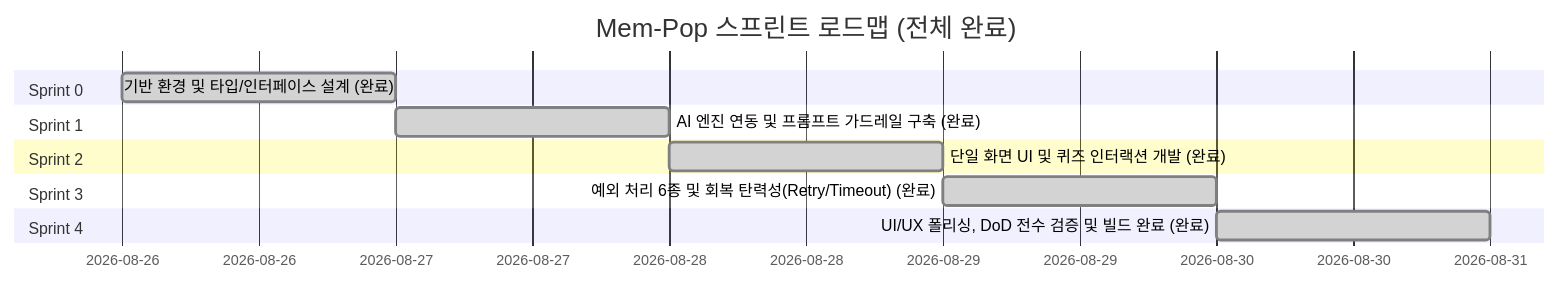
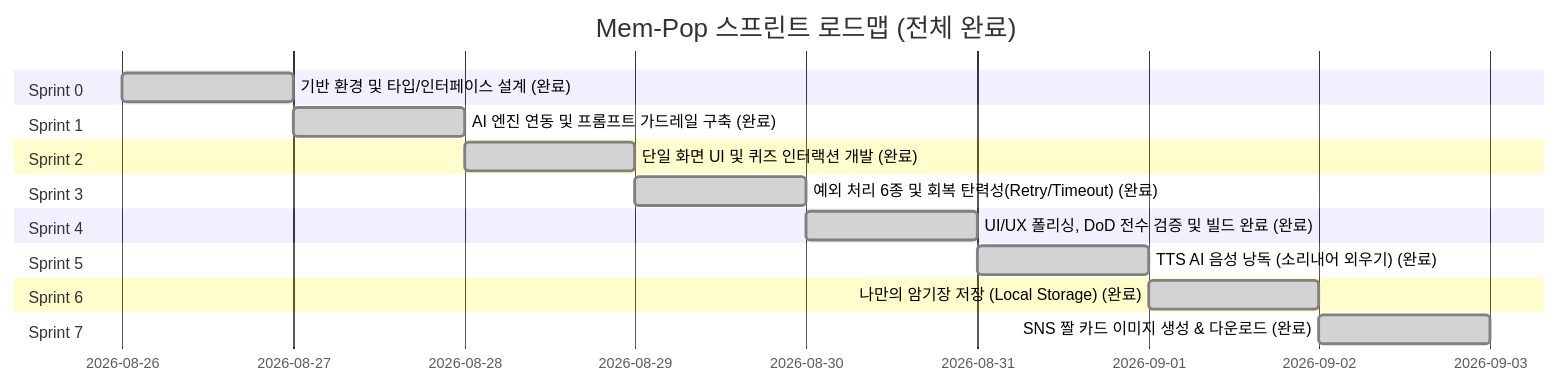
One commit to mingyeol2/mem-pop changed the diagram in docs/DEVELOPMENT_PLAN.md. Above: the diagram before and after it, drawn with Mermaid. The commit also changed other lines of this file and 15 other files, not shown here.

Commit message:
feat: Sprint 5(TTS 음성 낭독), Sprint 6(로컬 암기장), Sprint 7(짤 카드 이미지 공유) 고도화 완료

````diff
--- a/docs/DEVELOPMENT_PLAN.md
+++ b/docs/DEVELOPMENT_PLAN.md
@@ -21,15 +22,21 @@
 ```mermaid
 gantt
     title Mem-Pop 스프린트 로드맵 (전체 완료)
     dateFormat  YYYY-MM-DD
     section Sprint 0
     기반 환경 및 타입/인터페이스 설계 (완료)       :done, s0, 2026-08-26, 1d
     section Sprint 1
     AI 엔진 연동 및 프롬프트 가드레일 구축 (완료)   :done, s1, after s0, 1d
     section Sprint 2
     단일 화면 UI 및 퀴즈 인터랙션 개발 (완료)      :done, s2, after s1, 1d
     section Sprint 3
     예외 처리 6종 및 회복 탄력성(Retry/Timeout) (완료) :done, s3, after s2, 1d
     section Sprint 4
     UI/UX 폴리싱, DoD 전수 검증 및 빌드 완료 (완료) :done, s4, after s3, 1d
+    section Sprint 5
+    TTS AI 음성 낭독 (소리내어 외우기) (완료)      :done, s5, after s4, 1d
+    section Sprint 6
+    나만의 암기장 저장 (Local Storage) (완료)     :done, s6, after s5, 1d
+    section Sprint 7
+    SNS 짤 카드 이미지 생성 & 다운로드 (완료)       :done, s7, after s6, 1d
 ```
````
